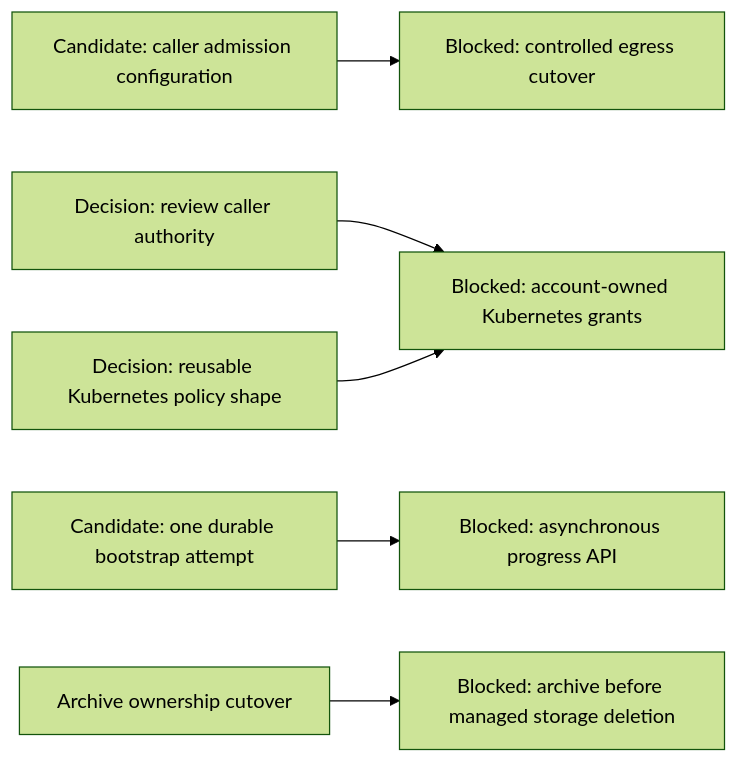
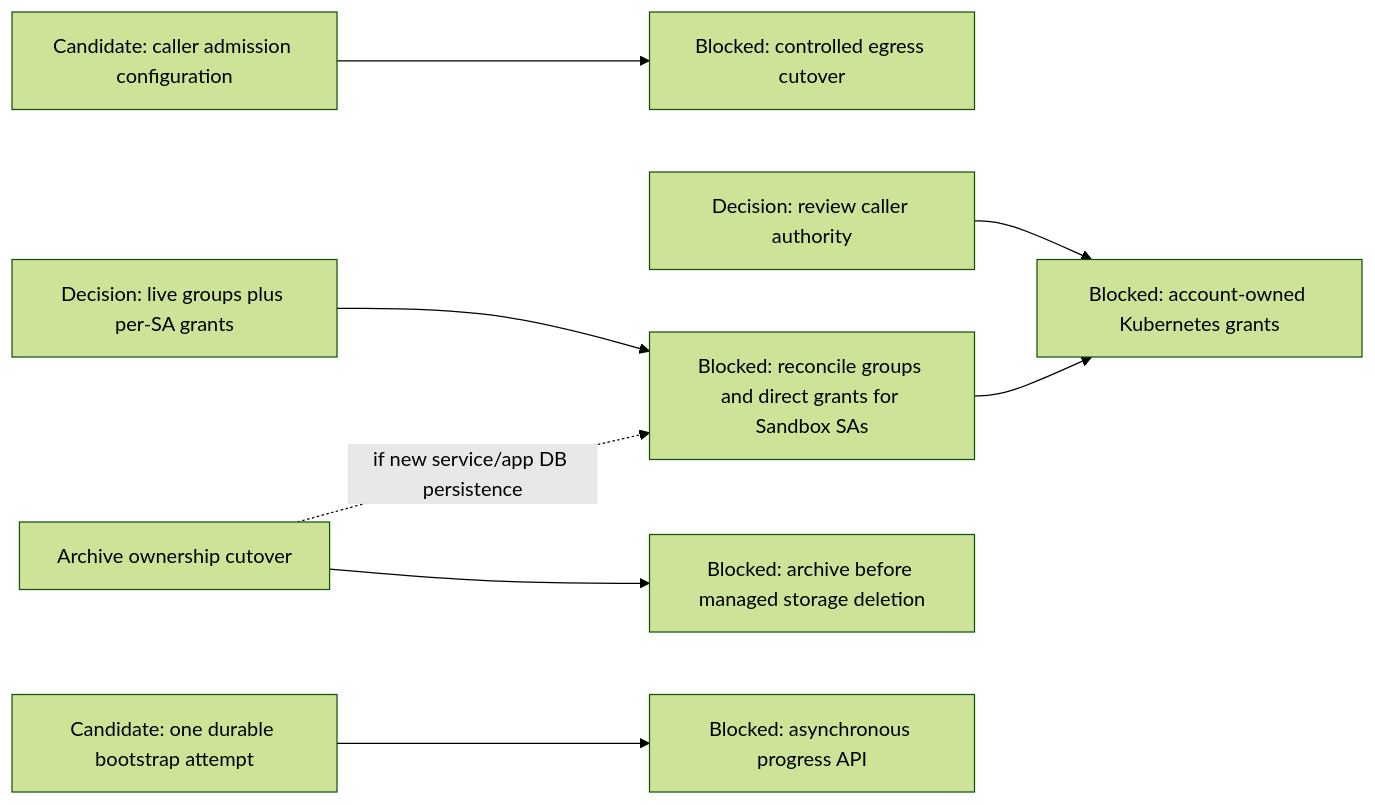
Before and after one commit to agentydragon-agent/ducktape: the seventh of 7 diagrams in agentplane/plans/task_dag.md, drawn with Mermaid (forest theme). The commit also changed other lines of this file, not shown here.

Commit message:
Plan live Kubernetes grant groups with direct SA grants

````diff
--- a/agentplane/plans/task_dag.md
+++ b/agentplane/plans/task_dag.md
@@ -683,8 +683,10 @@
 ```mermaid
 flowchart LR
     PC_EGRESS_CREDENTIALS[Candidate: caller admission configuration] --> PC_EGRESS[Blocked: controlled egress cutover]
     CLAUDE_AI_SA[Decision: review caller authority] --> MANAGED_SA_RBAC[Blocked: account-owned Kubernetes grants]
-    KUBERNETES_RBAC_POLICIES[Decision: reusable Kubernetes policy shape] --> MANAGED_SA_RBAC
+    KUBERNETES_RBAC_POLICIES[Decision: live groups plus per-SA grants] --> KUBERNETES_RBAC_POLICY_BINDINGS[Blocked: reconcile groups and direct grants for Sandbox SAs]
+    KUBERNETES_RBAC_POLICY_BINDINGS --> MANAGED_SA_RBAC
+    THREAD_ARCHIVE_OWNERSHIP[Archive ownership cutover] -. if new service/app DB persistence .-> KUBERNETES_RBAC_POLICY_BINDINGS
     BOOTSTRAP_ATTEMPT_RECEIPT[Candidate: one durable bootstrap attempt] --> BOOTSTRAP_PROGRESS_CONTRACT[Blocked: asynchronous progress API]
     THREAD_ARCHIVE_OWNERSHIP[Archive ownership cutover] --> SANDBOX_LIFECYCLE_DURABILITY[Blocked: archive before managed storage deletion]
 ```
````
